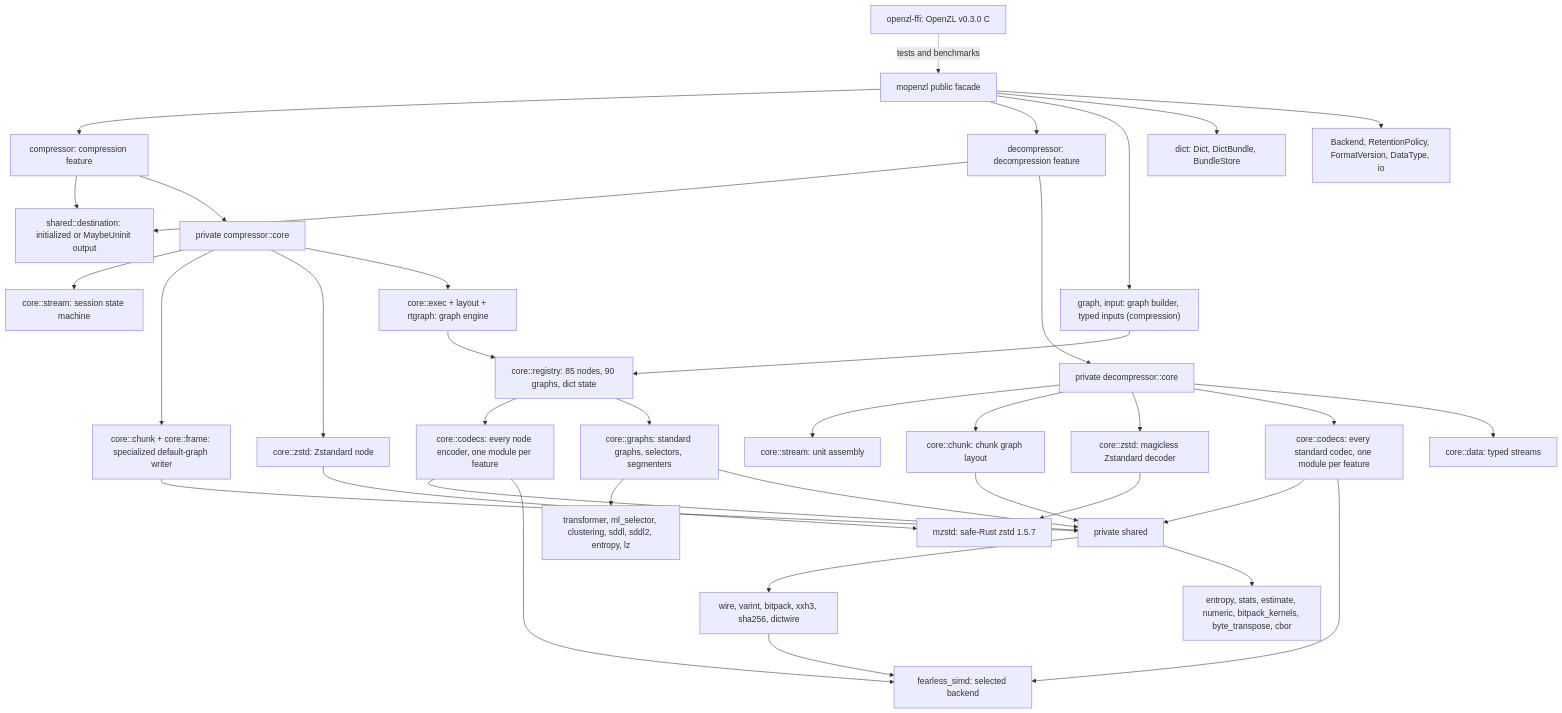
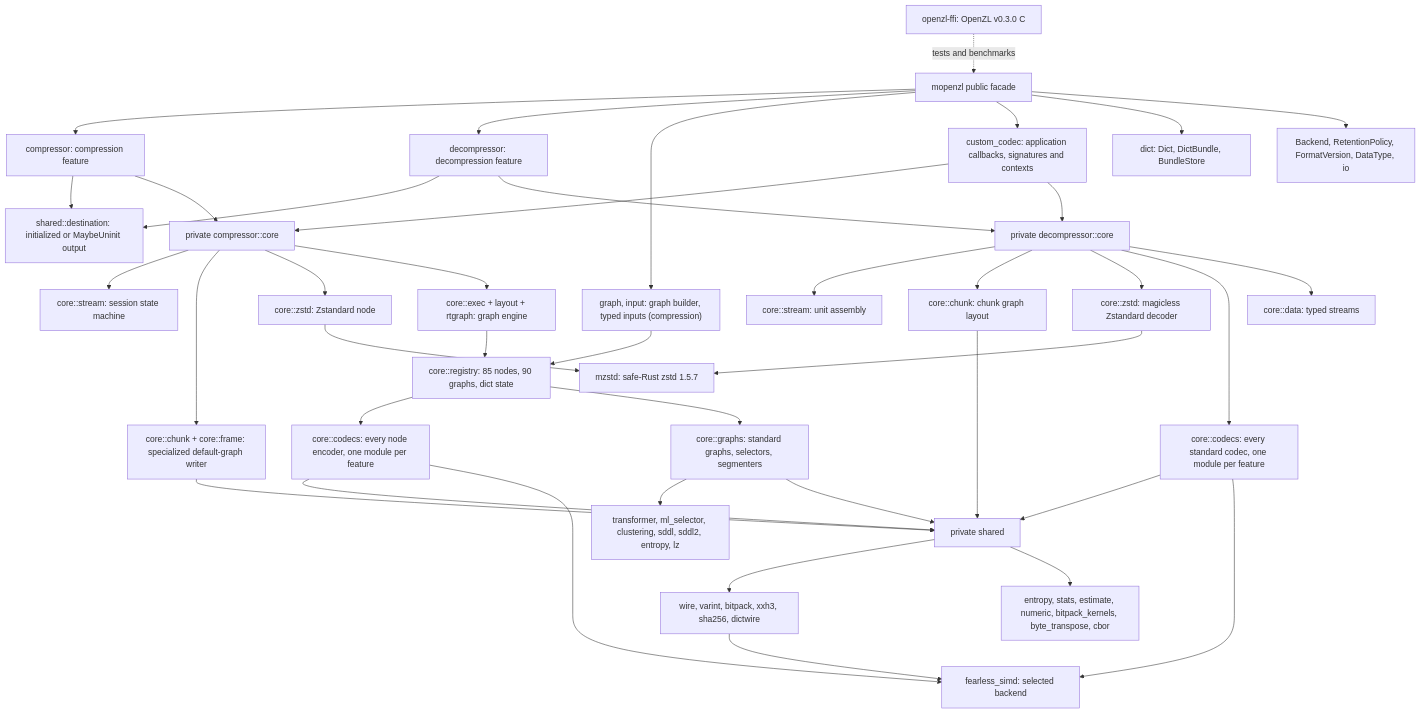
One commit to M-Compressors/mopenzl changed the diagram in architecture/README.md. Above: the diagram before and after it, drawn with Mermaid. The commit also changed other lines of this file and 56 other files, not shown here.

````diff
--- a/architecture/README.md
+++ b/architecture/README.md
@@ -9,39 +9,42 @@
 ```mermaid
 graph TD
     Root[mopenzl public facade] --> Encode[compressor: compression feature]
     Root --> Decode[decompressor: decompression feature]
     Root --> GraphApi["graph, input: graph builder, typed inputs (compression)"]
+    Root --> Custom["custom_codec: application callbacks, signatures and contexts"]
+    Custom --> ECore
+    Custom --> DCore
     Root --> DictApi["dict: Dict, DictBundle, BundleStore"]
     Root --> Common[Backend, RetentionPolicy, FormatVersion, DataType, io]
     Encode --> Dest[shared::destination: initialized or MaybeUninit output]
     Decode --> Dest
     GraphApi --> Reg
     Encode --> ECore[private compressor::core]
     Decode --> DCore[private decompressor::core]
     ECore --> EStream[core::stream: session state machine]
     ECore --> EChunk[core::chunk + core::frame: specialized default-graph writer]
     ECore --> EZstd[core::zstd: Zstandard node]
     ECore --> EGraph[core::exec + layout + rtgraph: graph engine]
     EGraph --> Reg["core::registry: 85 nodes, 90 graphs, dict state"]
     Reg --> ECodecs["core::codecs: every node encoder, one module per feature"]
     Reg --> EGraphs["core::graphs: standard graphs, selectors, segmenters"]
     EGraphs --> Special["transformer, ml_selector, clustering, sddl, sddl2, entropy, lz"]
     DCore --> DStream[core::stream: unit assembly]
     DCore --> DChunk[core::chunk: chunk graph layout]
     DCore --> DZstd[core::zstd: magicless Zstandard decoder]
     DCore --> DCodecs[core::codecs: every standard codec, one module per feature]
     DCore --> DData[core::data: typed streams]
     EChunk --> Shared[private shared]
     ECodecs --> Shared
     EGraphs --> Shared
     DChunk --> Shared
     DCodecs --> Shared
     Shared --> Prims["wire, varint, bitpack, xxh3, sha256, dictwire"]
     Shared --> Algo["entropy, stats, estimate, numeric, bitpack_kernels, byte_transpose, cbor"]
     Prims --> SIMD[fearless_simd: selected backend]
     ECodecs --> SIMD
     DCodecs --> SIMD
     EZstd --> Mzstd[mzstd: safe-Rust zstd 1.5.7]
     DZstd --> Mzstd
     C[openzl-ffi: OpenZL v0.3.0 C] -. tests and benchmarks .-> Root
 ```
````
